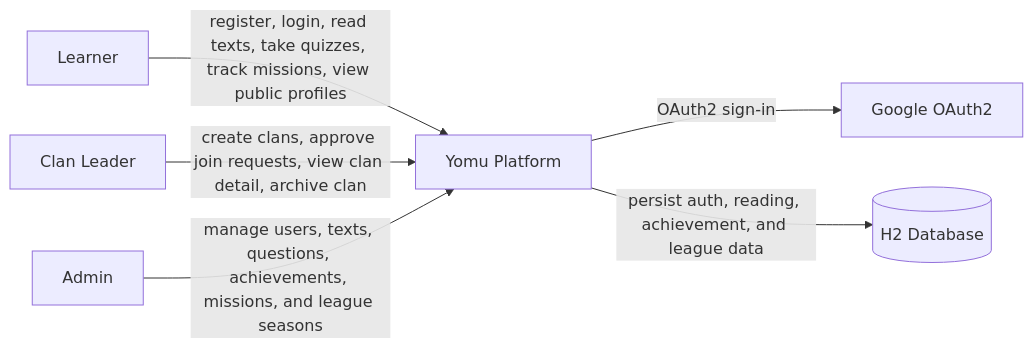
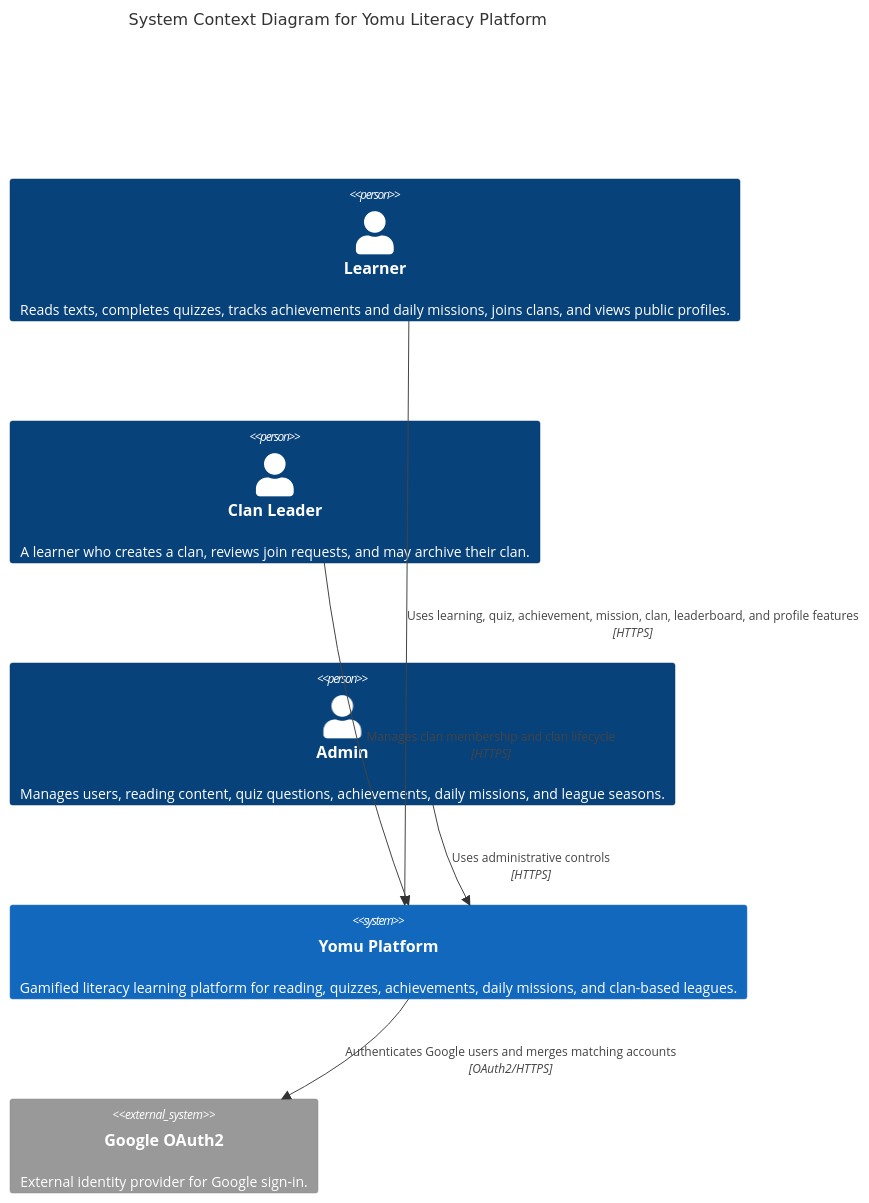
Before and after one commit to adpro-2026-B19-project/yomu: the first of 10 diagrams in README.md, drawn with Mermaid. The commit also changed other lines of this file, not shown here.

````diff
--- a/README.md
+++ b/README.md
@@ -131,15 +131,16 @@
 ```mermaid
-flowchart LR
-    learner[Learner]
-    leader[Clan Leader]
-    admin[Admin]
-    google[Google OAuth2]
-    yomu[Yomu Platform]
-    h2[(H2 Database)]
+C4Context
+title System Context Diagram for Yomu Literacy Platform
 
-    learner -->|register, login, read texts, take quizzes, track missions, view public profiles| yomu
-    leader -->|create clans, approve join requests, view clan detail, archive clan| yomu
-    admin -->|manage users, texts, questions, achievements, missions, and league seasons| yomu
-    yomu -->|OAuth2 sign-in| google
-    yomu -->|persist auth, reading, achievement, and league data| h2
+Person(learner, "Learner", "Reads texts, completes quizzes, tracks achievements and daily missions, joins clans, and views public profiles.")
+Person(clan_leader, "Clan Leader", "A learner who creates a clan, reviews join requests, and may archive their clan.")
+Person(admin, "Admin", "Manages users, reading content, quiz questions, achievements, daily missions, and league seasons.")
+
+System(yomu, "Yomu Platform", "Gamified literacy learning platform for reading, quizzes, achievements, daily missions, and clan-based leagues.")
+System_Ext(google_oauth, "Google OAuth2", "External identity provider for Google sign-in.")
+
+Rel(learner, yomu, "Uses learning, quiz, achievement, mission, clan, leaderboard, and profile features", "HTTPS")
+Rel(clan_leader, yomu, "Manages clan membership and clan lifecycle", "HTTPS")
+Rel(admin, yomu, "Uses administrative controls", "HTTPS")
+Rel(yomu, google_oauth, "Authenticates Google users and merges matching accounts", "OAuth2/HTTPS")
 ```
````
